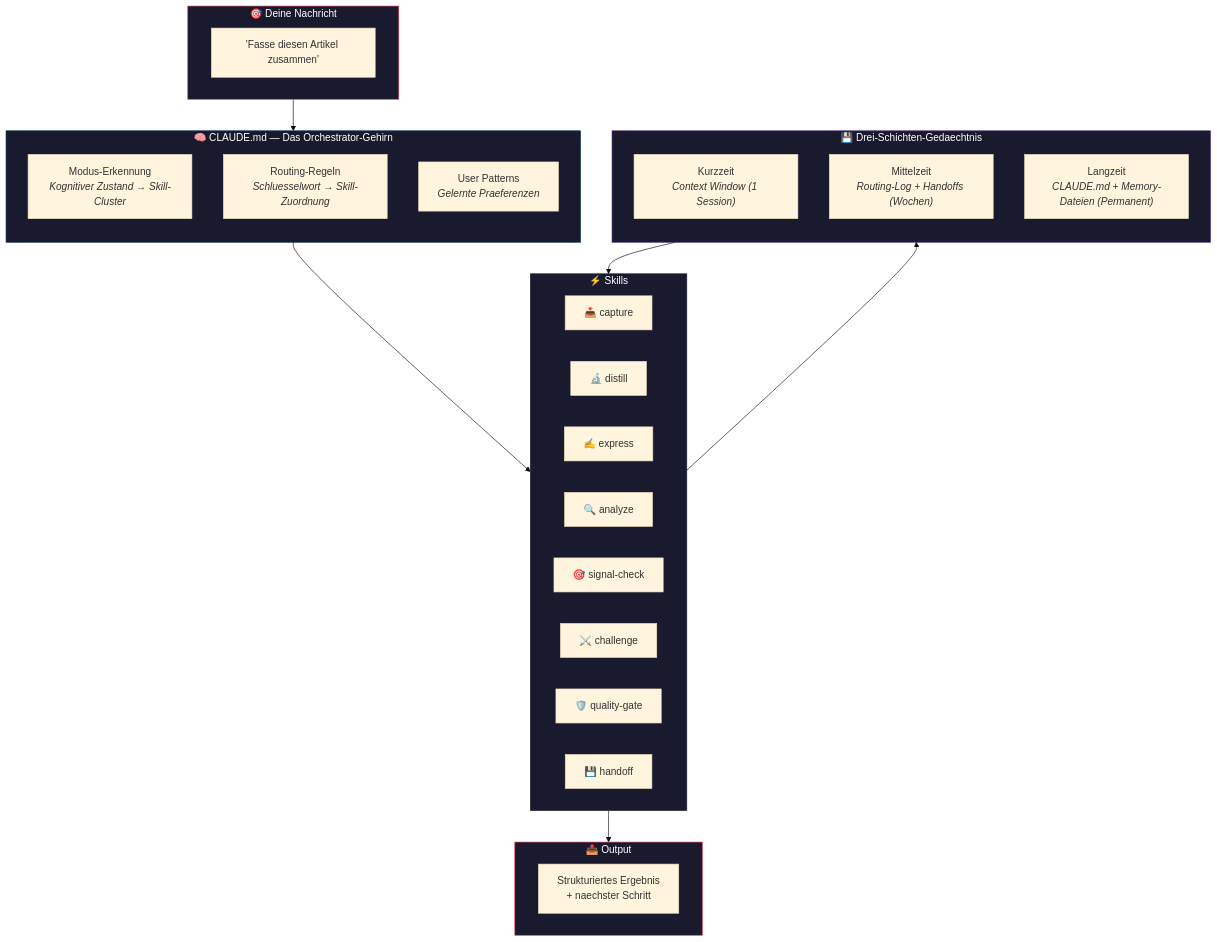
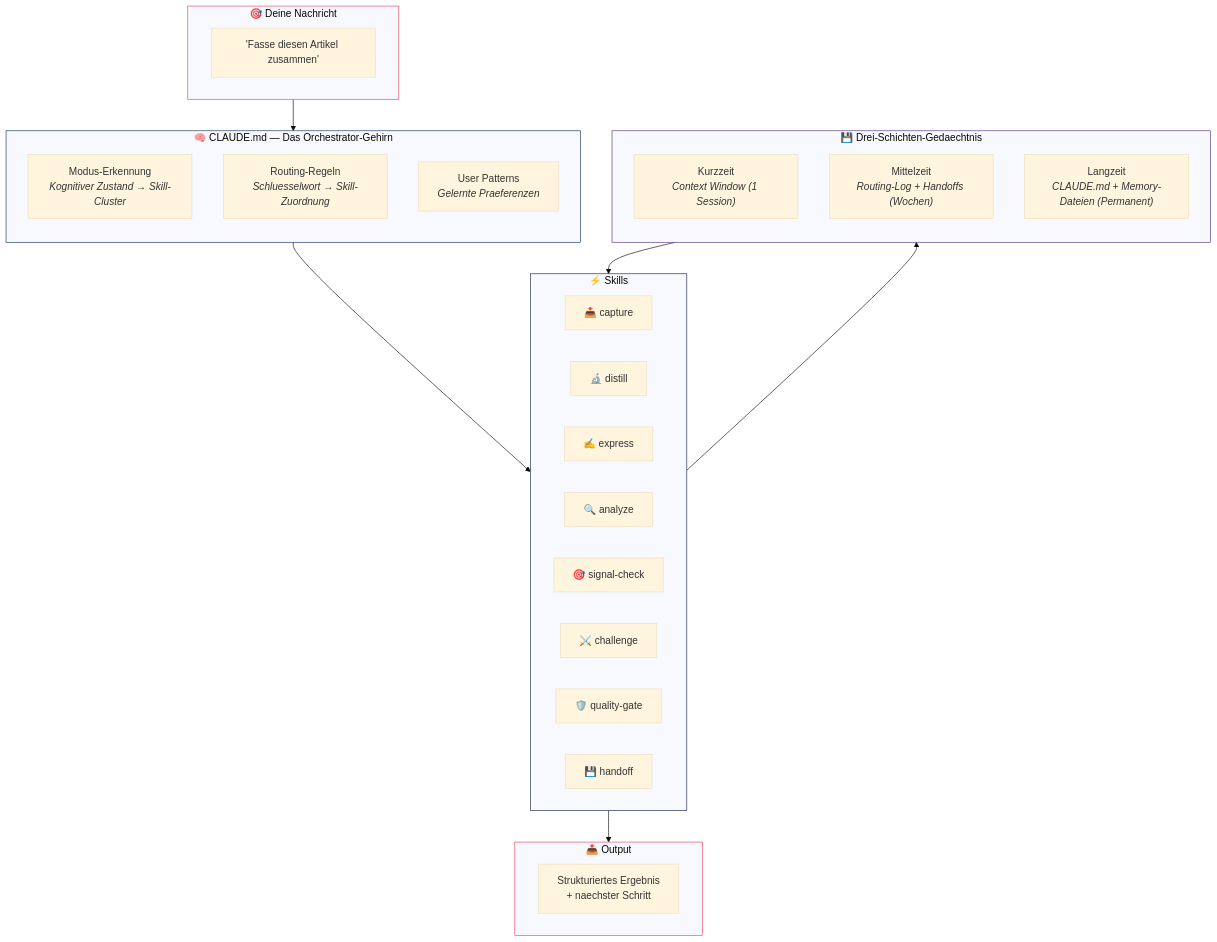
One commit to janrummel/claude-orchestrator-starter changed the first of 5 diagrams in README.de.md. Above: the diagram before and after it, drawn with Mermaid (base theme). The commit also changed other lines of this file and 3 other files, not shown here.

First line of the commit message:
Update website and diagrams: add quality-gate, fix Mermaid styling

````diff
--- a/README.de.md
+++ b/README.de.md
@@ -65,49 +65,49 @@
 ```mermaid
 flowchart TB
     subgraph INPUT ["🎯 Deine Nachricht"]
         direction LR
         msg["'Fasse diesen Artikel zusammen'"]
     end
 
     subgraph BRAIN ["🧠 CLAUDE.md — Das Orchestrator-Gehirn"]
         direction TB
         mode["Modus-Erkennung<br/><i>Kognitiver Zustand → Skill-Cluster</i>"]
         route["Routing-Regeln<br/><i>Schluesselwort → Skill-Zuordnung</i>"]
         patterns["User Patterns<br/><i>Gelernte Praeferenzen</i>"]
     end
 
     subgraph SKILLS ["⚡ Skills"]
         direction LR
         capture["📥 capture"]
         distill["🔬 distill"]
         express["✍️ express"]
         analyze["🔍 analyze"]
         signal["🎯 signal-check"]
         challenge["⚔️ challenge"]
         qgate["🛡️ quality-gate"]
         handoff["💾 handoff"]
     end
 
     subgraph MEMORY ["💾 Drei-Schichten-Gedaechtnis"]
         direction TB
         short["Kurzzeit<br/><i>Context Window (1 Session)</i>"]
         mid["Mittelzeit<br/><i>Routing-Log + Handoffs (Wochen)</i>"]
         long["Langzeit<br/><i>CLAUDE.md + Memory-Dateien (Permanent)</i>"]
     end
 
     subgraph OUTPUT ["📤 Output"]
         result["Strukturiertes Ergebnis<br/>+ naechster Schritt"]
     end
 
     INPUT --> BRAIN
     BRAIN --> SKILLS
     SKILLS --> MEMORY
     MEMORY --> SKILLS
     SKILLS --> OUTPUT
 
-    style INPUT fill:#1a1a2e,stroke:#e94560,color:#fff
-    style BRAIN fill:#1a1a2e,stroke:#0f3460,color:#fff
-    style SKILLS fill:#1a1a2e,stroke:#16213e,color:#fff
-    style MEMORY fill:#1a1a2e,stroke:#533483,color:#fff
-    style OUTPUT fill:#1a1a2e,stroke:#e94560,color:#fff
+    style INPUT stroke:#e94560
+    style BRAIN stroke:#0f3460
+    style SKILLS stroke:#16213e
+    style MEMORY stroke:#533483
+    style OUTPUT stroke:#e94560
 ```
````
